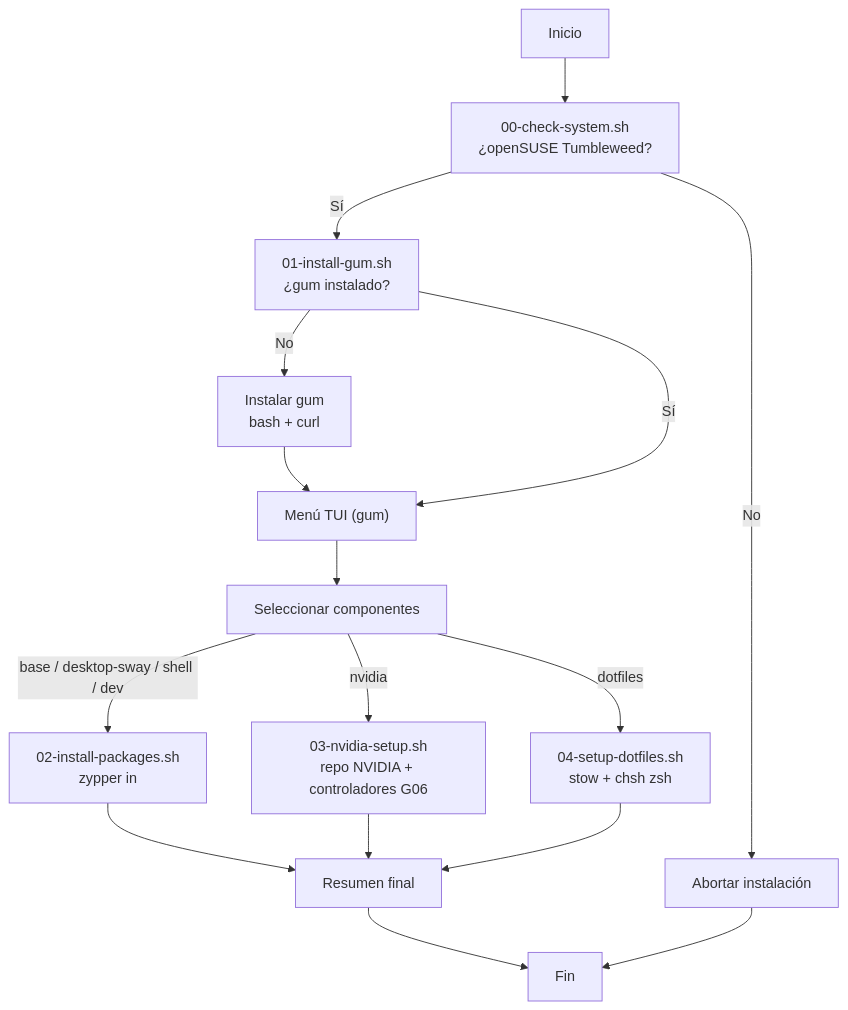
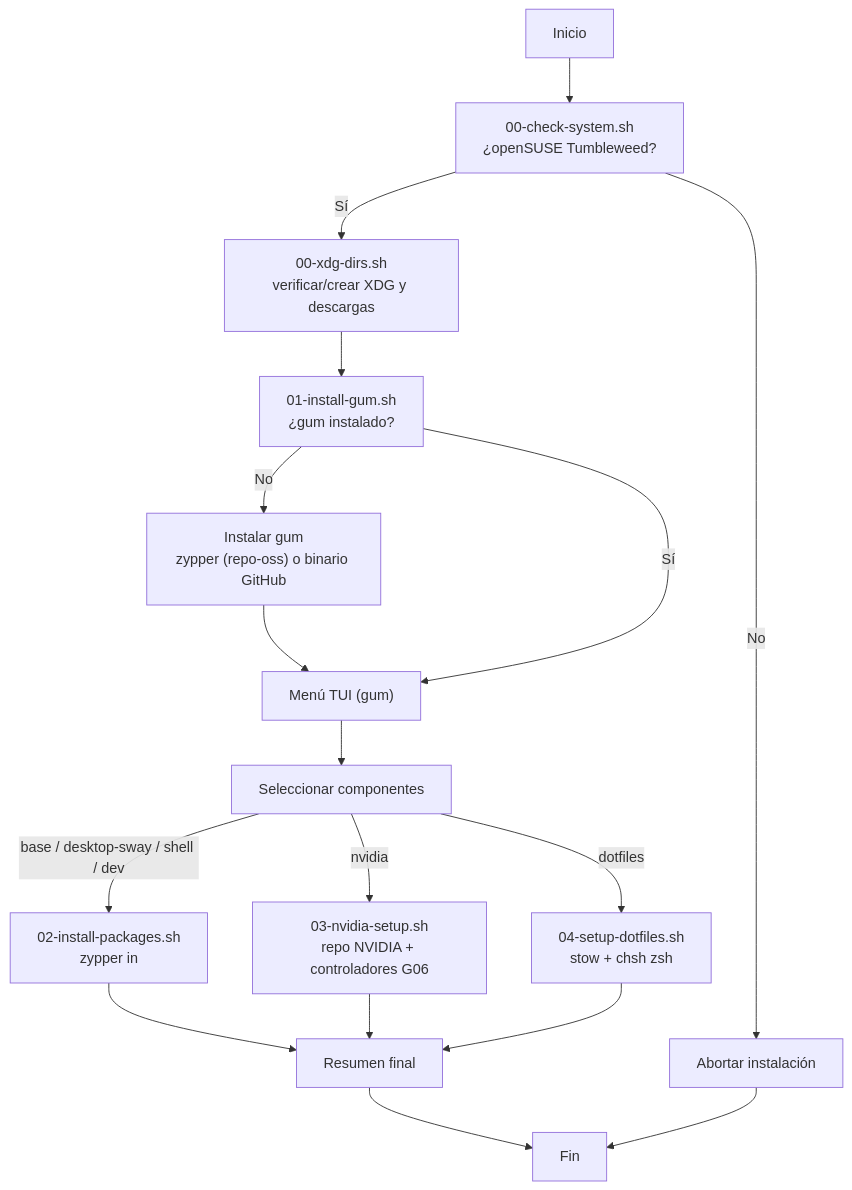
The diagram in docs/assets/flow.mmd (JorgeAlbertoDiaz/dotfiles), drawn with Mermaid before and after one commit. The commit also changed 2 other files, not shown here.

Commit message:
docs: actualizar documentación con el flujo XDG y el método de instalación de gum
README, índice de documentación y diagrama Mermaid reflejan el nuevo paso 00-xdg-dirs y que gum se instala desde repo-oss, con el binario de GitHub Releases solo como fallback.

```diff
--- a/docs/assets/flow.mmd
+++ b/docs/assets/flow.mmd
@@ -1,16 +1,17 @@
 flowchart TD
     A[Inicio] --> B["00-check-system.sh\n¿openSUSE Tumbleweed?"]
     B -- No --> FAIL[Abortar instalación]
-    B -- Sí --> C["01-install-gum.sh\n¿gum instalado?"]
-    C -- No --> G["Instalar gum\nbash + curl"]
+    B -- Sí --> X["00-xdg-dirs.sh\nverificar/crear XDG y descargas"]
+    X --> C["01-install-gum.sh\n¿gum instalado?"]
+    C -- No --> G["Instalar gum\nzypper (repo-oss) o binario GitHub"]
     G --> D["Menú TUI (gum)"]
     C -- Sí --> D
     D --> E["Seleccionar componentes"]
     E -- base / desktop-sway / shell / dev --> F["02-install-packages.sh\nzypper in"]
     E -- nvidia --> H["03-nvidia-setup.sh\nrepo NVIDIA + controladores G06"]
     E -- dotfiles --> I["04-setup-dotfiles.sh\nstow + chsh zsh"]
     F --> J[Resumen final]
     H --> J
     I --> J
     J --> K[Fin]
     FAIL --> K
```
